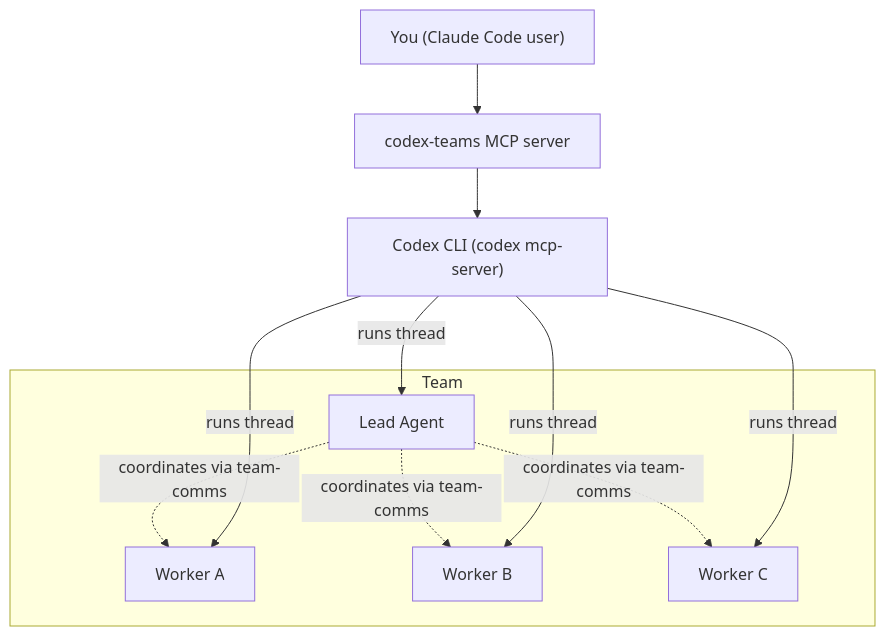
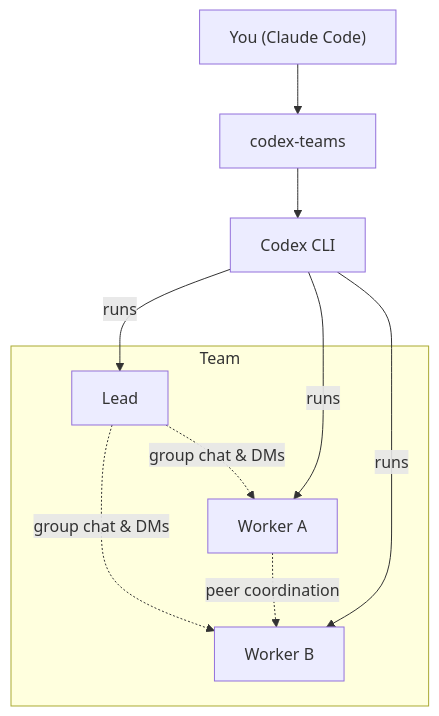
Before and after one commit to skrabe/codex-teams: the diagram in README.md, drawn with Mermaid. The commit also changed other lines of this file, not shown here.

````diff
--- a/README.md
+++ b/README.md
@@ -169,20 +86,18 @@
 ```mermaid
 graph TD
-    U["You (Claude Code user)"] --> CT["codex-teams MCP server"]
-    CT --> C["Codex CLI (codex mcp-server)"]
+    U["You (Claude Code)"] --> CT["codex-teams"]
+    CT --> C["Codex CLI"]
 
     subgraph "Team"
-      L["Lead Agent"]
+      L["Lead"]
       W1["Worker A"]
       W2["Worker B"]
-      W3["Worker C"]
-      L -.->|"coordinates via team-comms"| W1
-      L -.->|"coordinates via team-comms"| W2
-      L -.->|"coordinates via team-comms"| W3
+      L -.->|"group chat & DMs"| W1
+      L -.->|"group chat & DMs"| W2
+      W1 -.->|"peer coordination"| W2
     end
 
-    C -->|runs thread| L
-    C -->|runs thread| W1
-    C -->|runs thread| W2
-    C -->|runs thread| W3
+    C -->|runs| L
+    C -->|runs| W1
+    C -->|runs| W2
 ```
````
